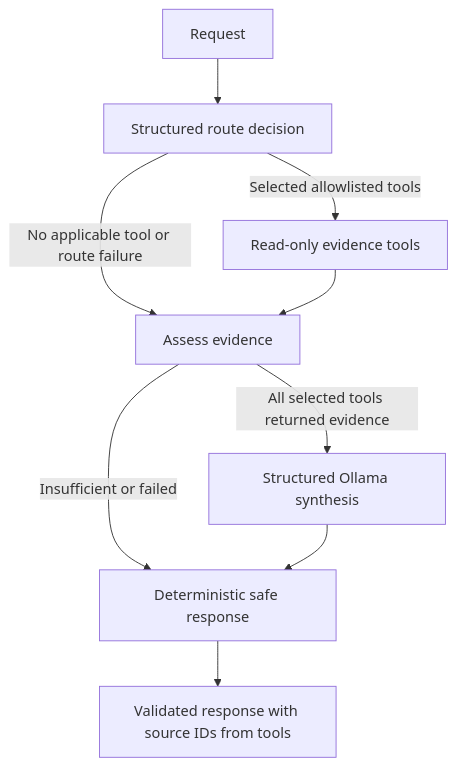
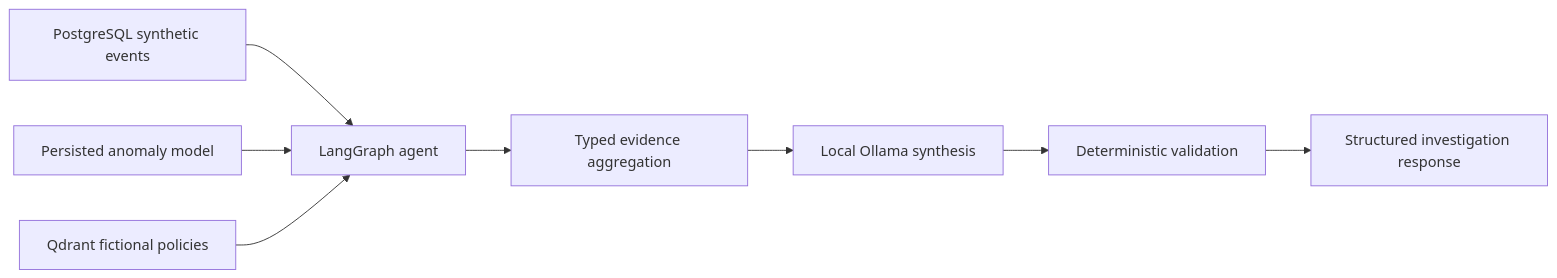
The diagram in docs/agent.md (haseeb285/enterprise-security-intelligence-copilot), drawn with Mermaid before and after one commit. The commit also changed other lines of this file and 20 other files, not shown here.

Commit message:
Integrate typed anomaly evidence into agent

````diff
--- a/docs/agent.md
+++ b/docs/agent.md
@@ -5,11 +5,10 @@
 ```mermaid
-flowchart TD
-  A[Request] --> B[Structured route decision]
-  B -->|Selected allowlisted tools| C[Read-only evidence tools]
-  B -->|No applicable tool or route failure| D[Assess evidence]
-  C --> D
-  D -->|Insufficient or failed| F[Deterministic safe response]
-  D -->|All selected tools returned evidence| E[Structured Ollama synthesis]
-  E --> F
-  F --> G[Validated response with source IDs from tools]
+flowchart LR
+  E[PostgreSQL synthetic events] --> A[LangGraph agent]
+  M[Persisted anomaly model] --> A
+  P[Qdrant fictional policies] --> A
+  A --> G[Typed evidence aggregation]
+  G --> L[Local Ollama synthesis]
+  L --> V[Deterministic validation]
+  V --> R[Structured investigation response]
 ```
````
